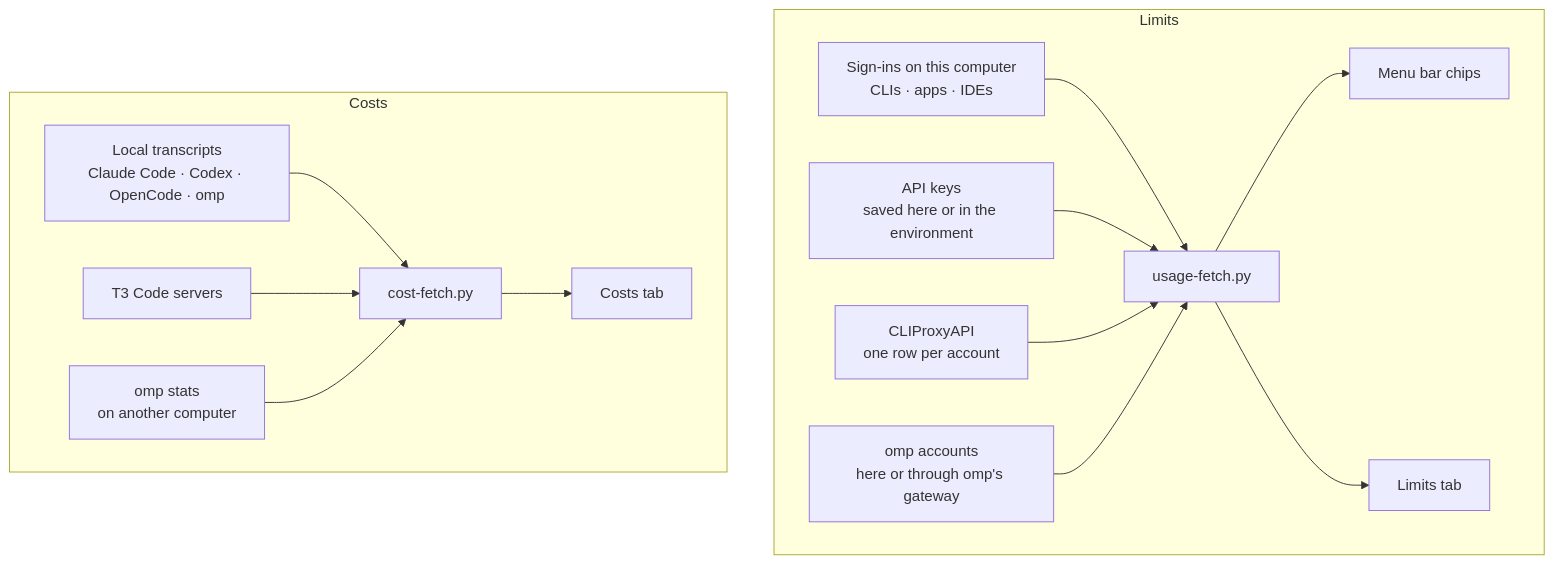
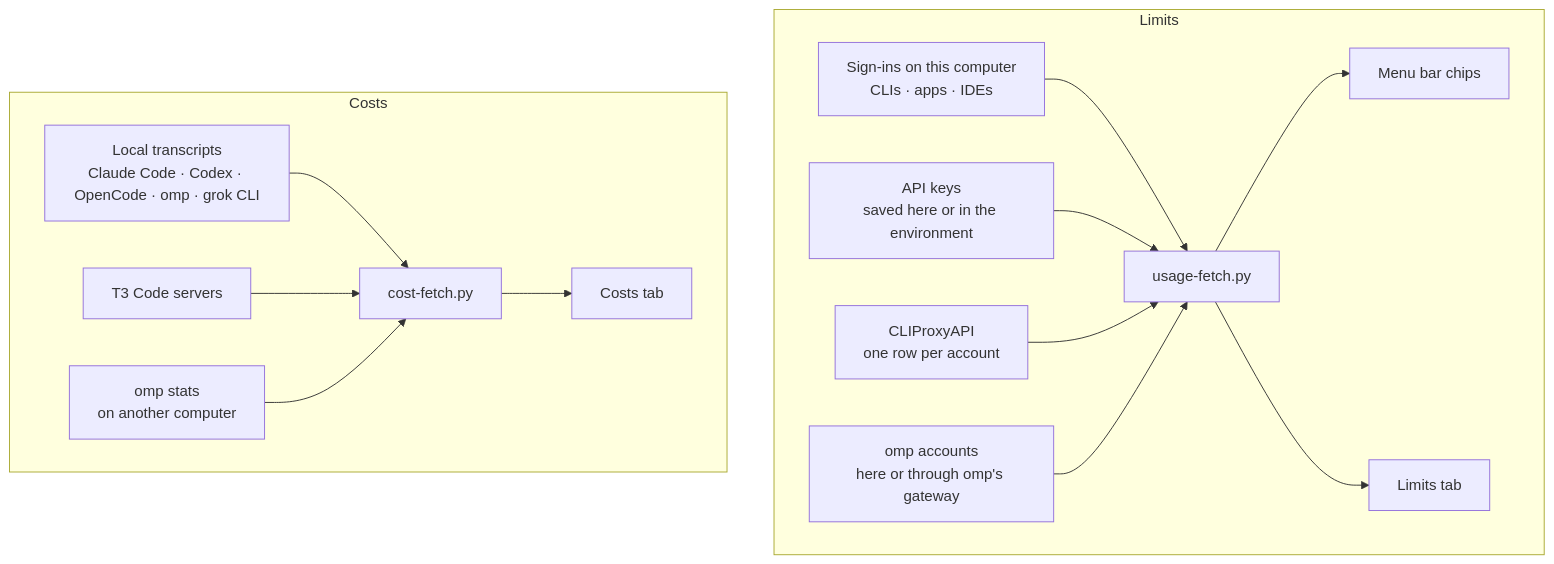
One commit to JanitorHead/omarchy-quotatank changed the diagram in README.md. Above: the diagram before and after it, drawn with Mermaid. The commit also changed other lines of this file and 2 other files, not shown here.

First line of the commit message:
Costs: the changelog, README and cost contract name the grok source

````diff
--- a/README.md
+++ b/README.md
@@ -213,17 +213,17 @@
 ```mermaid
 flowchart TB
   subgraph Limits
     cli["Sign-ins on this computer<br/>CLIs · apps · IDEs"] --> uf["usage-fetch.py"]
     keys["API keys<br/>saved here or in the environment"] --> uf
     proxy["CLIProxyAPI<br/>one row per account"] --> uf
     ompl["omp accounts<br/>here or through omp's gateway"] --> uf
     uf --> chips["Menu bar chips"]
     uf --> panel["Limits tab"]
   end
   subgraph Costs
-    logs["Local transcripts<br/>Claude Code · Codex · OpenCode · omp"] --> cf["cost-fetch.py"]
+    logs["Local transcripts<br/>Claude Code · Codex · OpenCode · omp · grok CLI"] --> cf["cost-fetch.py"]
     t3["T3 Code servers"] --> cf
     omps["omp stats<br/>on another computer"] --> cf
     cf --> costs["Costs tab"]
   end
 ```
````
